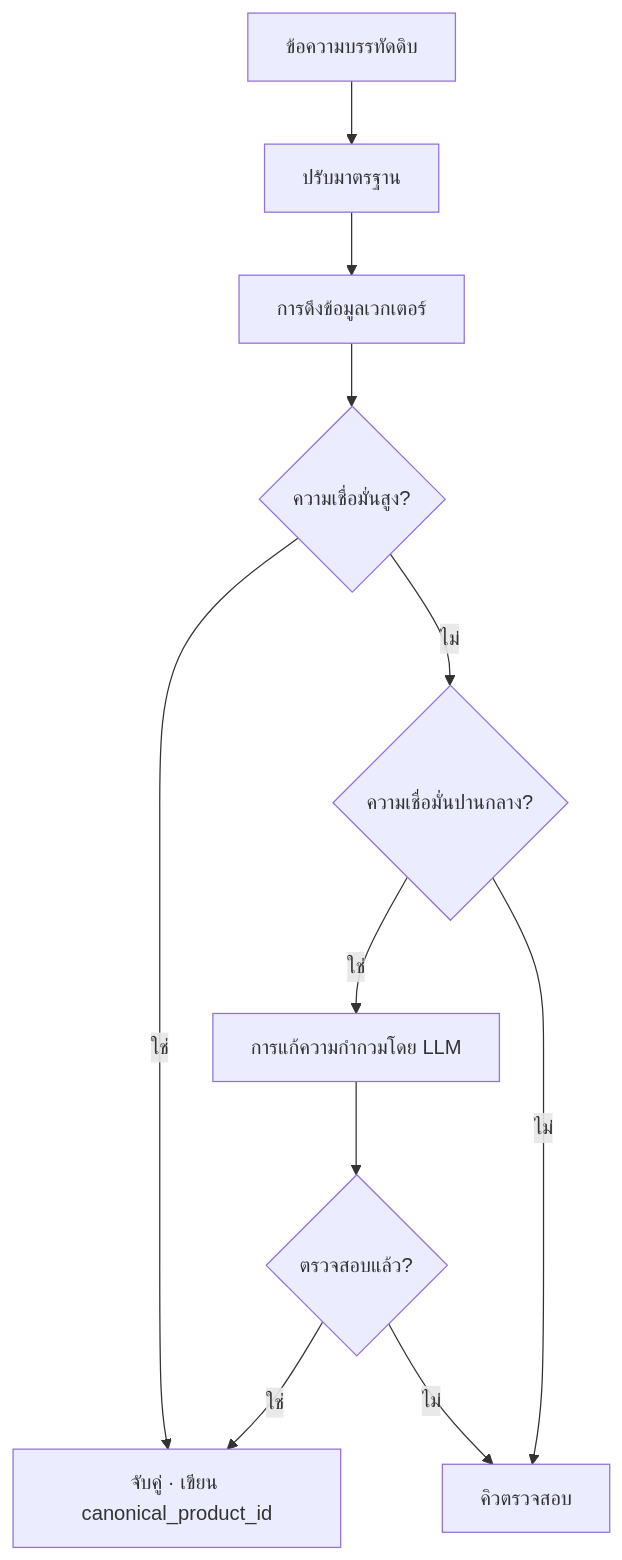
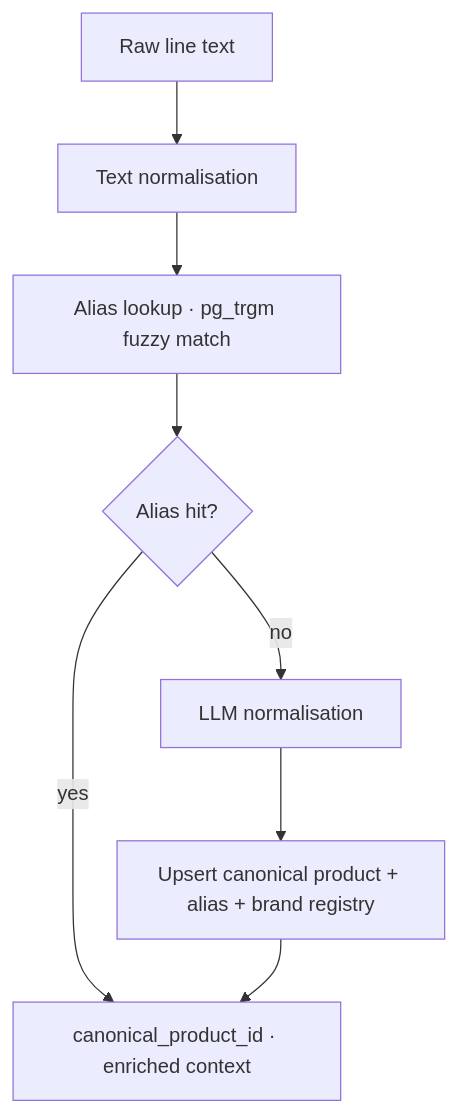
The diagram in content/technical-paper/th/02-receipt-pipeline/06-canonical.md (Yumo-Yumo-Inc/yumoyumohq), drawn with Mermaid before and after one commit. The commit also changed other lines of this file and 1048 other files, not shown here.

````diff
--- a/content/technical-paper/th/02-receipt-pipeline/06-canonical.md
+++ b/content/technical-paper/th/02-receipt-pipeline/06-canonical.md
@@ -18,13 +20,10 @@
 ```mermaid
 flowchart TD
-    A["ข้อความบรรทัดดิบ"] --> B["ปรับมาตรฐาน"]
-    B --> C["การดึงข้อมูลเวกเตอร์"]
-    C --> D{"ความเชื่อมั่นสูง?"}
-    D -- ใช่ --> E["จับคู่ · เขียน canonical_product_id"]
-    D -- ไม่ --> F{"ความเชื่อมั่นปานกลาง?"}
-    F -- ใช่ --> G["การแก้ความกำกวมโดย LLM"]
-    F -- ไม่ --> H["คิวตรวจสอบ"]
-    G --> I{"ตรวจสอบแล้ว?"}
-    I -- ใช่ --> E
-    I -- ไม่ --> H
+    A[Raw line text] --> B[Text normalisation]
+    B --> C[Alias lookup · pg_trgm fuzzy match]
+    C --> D{Alias hit?}
+    D -- yes --> E[canonical_product_id · enriched context]
+    D -- no --> F[LLM normalisation]
+    F --> G[Upsert canonical product + alias + brand registry]
+    G --> E
 ```
````
